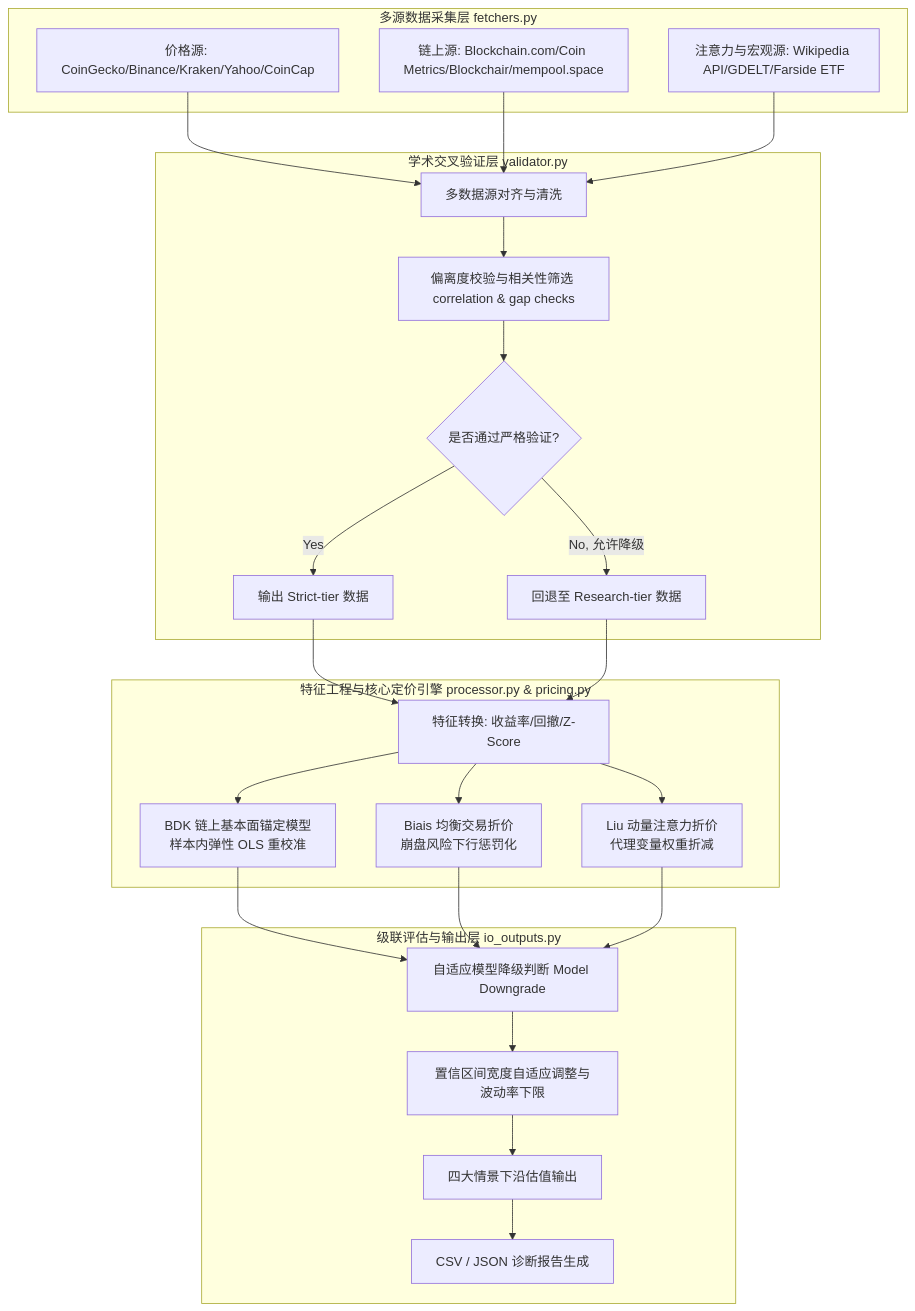
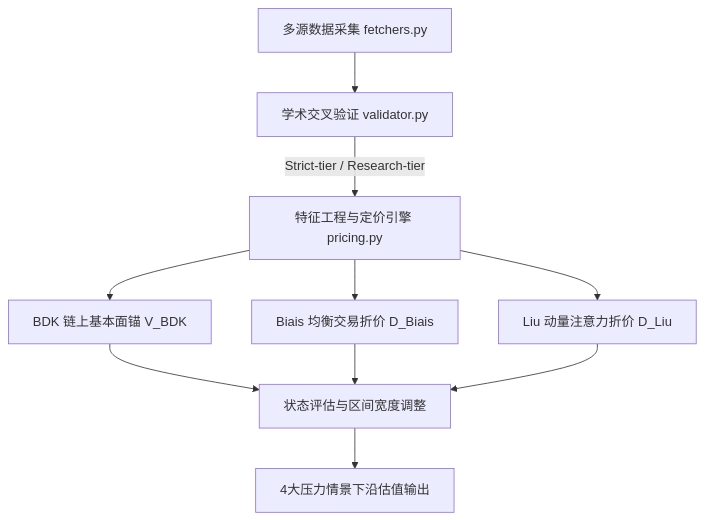
Before and after one commit to KannZz3/QuantStrat: the diagram in Crypto_Pricing—— 加密货币定价/README.md, drawn with Mermaid. The commit also changed other lines of this file, not shown here.

````diff
--- a/Crypto_Pricing—— 加密货币定价/README.md
+++ b/Crypto_Pricing—— 加密货币定价/README.md
@@ -22,43 +20,17 @@
 ```mermaid
 graph TD
-    %% 数据抓取层
-    subgraph Fetcher [多源数据采集层 fetchers.py]
-        A1[价格源: CoinGecko/Binance/Kraken/Yahoo/CoinCap]
-        A2[链上源: Blockchain.com/Coin Metrics/Blockchair/mempool.space]
-        A3[注意力与宏观源: Wikipedia API/GDELT/Farside ETF]
-    end
-
-    %% 交叉验证层
-    subgraph Validator [学术交叉验证层 validator.py]
-        B1[多数据源对齐与清洗]
-        B2[偏离度校验与相关性筛选 correlation & gap checks]
-        B3{是否通过严格验证?}
-        B4[输出 Strict-tier 数据]
-        B5[回退至 Research-tier 数据]
-    end
-
-    %% 特征与计算层
-    subgraph Engine [特征工程与核心定价引擎 processor.py & pricing.py]
-        C1[特征转换: 收益率/回撤/Z-Score]
-        C2[BDK 链上基本面锚定模型 <br/> 样本内弹性 OLS 重校准]
-        C3[Biais 均衡交易折价 <br/> 崩盘风险下行惩罚化]
-        C4[Liu 动量注意力折价 <br/> 代理变量权重折减]
-    end
-
+    %% 数据层
+    A[多源数据采集 fetchers.py] --> B[学术交叉验证 validator.py]
+    
+    %% 计算层
+    B -->|Strict-tier / Research-tier| C[特征工程与定价引擎 pricing.py]
+    
+    %% 引擎细分
+    C --> C1[BDK 链上基本面锚 V_BDK]
+    C --> C2[Biais 均衡交易折价 D_Biais]
+    C --> C3[Liu 动量注意力折价 D_Liu]
+    
     %% 输出层
-    subgraph Output [级联评估与输出层 io_outputs.py]
-        D1[自适应模型降级判断 Model Downgrade]
-        D2[置信区间宽度自适应调整与波动率下限]
-        D3[四大情景下沿估值输出]
-        D4[CSV / JSON 诊断报告生成]
-    end
-
-    %% 连接
-    A1 & A2 & A3 --> B1
-    B1 --> B2 --> B3
-    B3 -- Yes --> B4 --> C1
-    B3 -- No, 允许降级 --> B5 --> C1
-    C1 --> C2 & C3 & C4
-    C2 & C3 & C4 --> D1
-    D1 --> D2 --> D3 --> D4
+    C1 & C2 & C3 --> D[状态评估与区间宽度调整]
+    D --> E[4大压力情景下沿估值输出]
 ```
````
